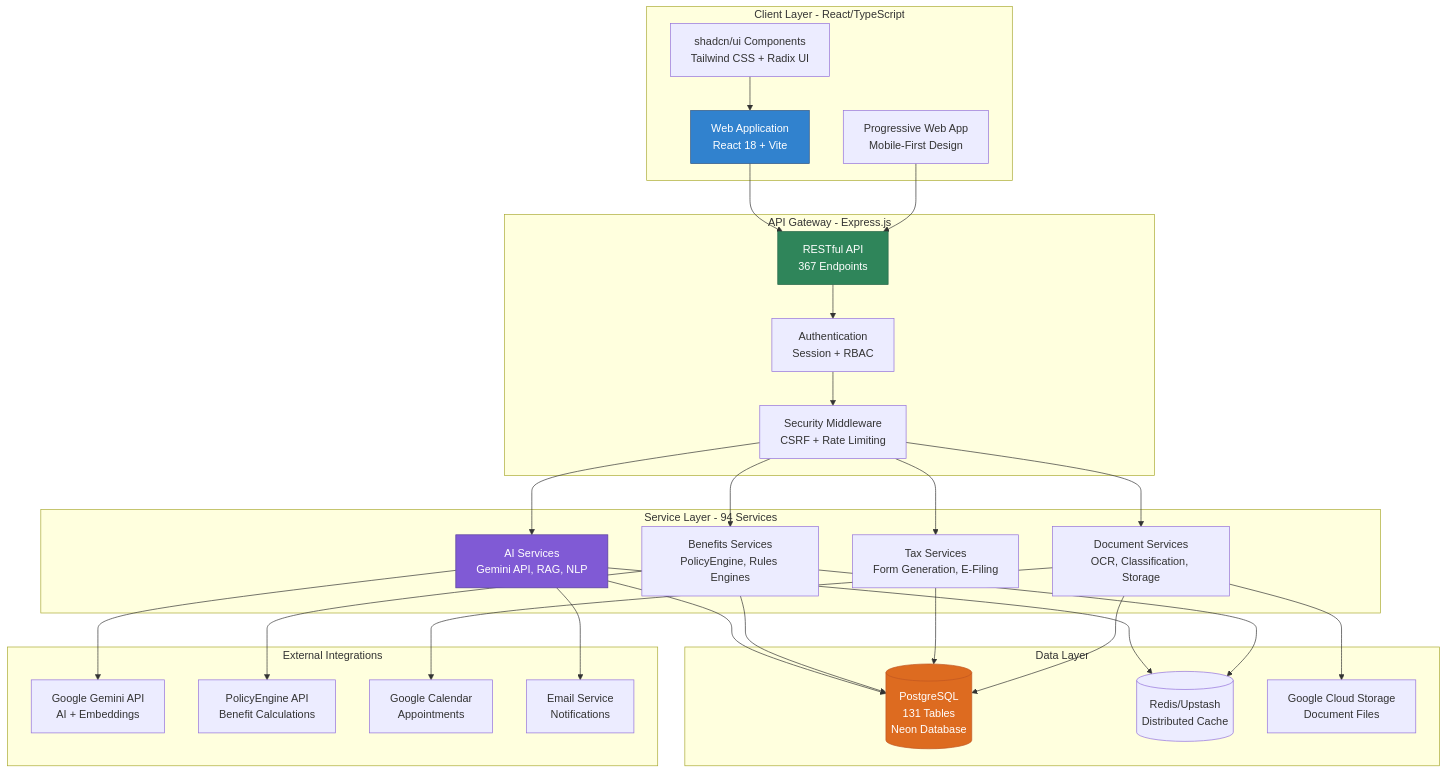
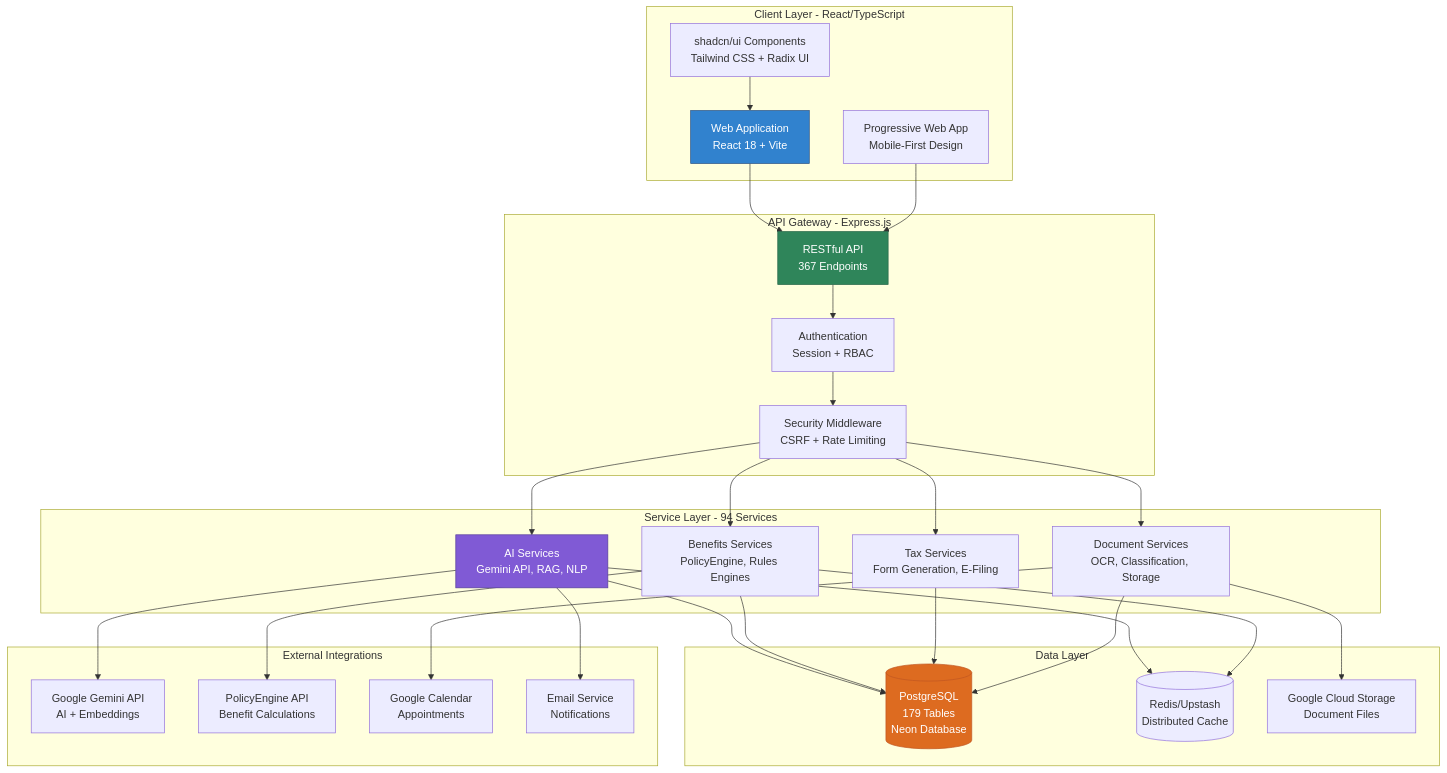
One commit to Nash0984/JAWN changed the second of 3 diagrams in README.md. Above: the diagram before and after it, drawn with Mermaid.

Commit message:
Update system architecture diagram with current table count
Adjust the PostgreSQL table count in the system architecture diagram within README.md from 131 to 179 tables.

Replit-Commit-Author: Agent
Replit-Commit-Session-Id: 6bd96a09-69c5-493b-b02e-7222a29109c4
Replit-Commit-Checkpoint-Type: intermediate_checkpoint
Replit-Commit-Event-Id: 2ee23f75-4f50-4ee5-9fa3-ad8ca7f69fa5

````diff
--- a/README.md
+++ b/README.md
@@ -99,63 +99,63 @@
 ```mermaid
 graph TB
     subgraph "Client Layer - React/TypeScript"
         WEB[Web Application<br/>React 18 + Vite]
         PWA[Progressive Web App<br/>Mobile-First Design]
         UI[shadcn/ui Components<br/>Tailwind CSS + Radix UI]
     end
     
     subgraph "API Gateway - Express.js"
         ROUTES[RESTful API<br/>367 Endpoints]
         AUTH[Authentication<br/>Session + RBAC]
         CSRF[Security Middleware<br/>CSRF + Rate Limiting]
     end
     
     subgraph "Service Layer - 94 Services"
         AI_SERVICES[AI Services<br/>Gemini API, RAG, NLP]
         BENEFIT_SERVICES[Benefits Services<br/>PolicyEngine, Rules Engines]
         TAX_SERVICES[Tax Services<br/>Form Generation, E-Filing]
         DOC_SERVICES[Document Services<br/>OCR, Classification, Storage]
     end
     
     subgraph "Data Layer"
-        DB[(PostgreSQL<br/>131 Tables<br/>Neon Database)]
+        DB[(PostgreSQL<br/>179 Tables<br/>Neon Database)]
         CACHE[(Redis/Upstash<br/>Distributed Cache)]
         GCS[Google Cloud Storage<br/>Document Files]
     end
     
     subgraph "External Integrations"
         GEMINI[Google Gemini API<br/>AI + Embeddings]
         POLICYENGINE[PolicyEngine API<br/>Benefit Calculations]
         CALENDAR[Google Calendar<br/>Appointments]
         EMAIL[Email Service<br/>Notifications]
     end
     
     WEB --> ROUTES
     PWA --> ROUTES
     UI --> WEB
     ROUTES --> AUTH
     AUTH --> CSRF
     CSRF --> AI_SERVICES
     CSRF --> BENEFIT_SERVICES
     CSRF --> TAX_SERVICES
     CSRF --> DOC_SERVICES
     
     AI_SERVICES --> DB
     BENEFIT_SERVICES --> DB
     TAX_SERVICES --> DB
     DOC_SERVICES --> DB
     
     AI_SERVICES --> CACHE
     BENEFIT_SERVICES --> CACHE
     DOC_SERVICES --> GCS
     
     AI_SERVICES --> GEMINI
     BENEFIT_SERVICES --> POLICYENGINE
     DOC_SERVICES --> CALENDAR
     AI_SERVICES --> EMAIL
     
     style WEB fill:#3182CE,stroke:#2C5282,color:#fff
     style ROUTES fill:#2F855A,stroke:#276749,color:#fff
     style AI_SERVICES fill:#805AD5,stroke:#553C9A,color:#fff
     style DB fill:#DD6B20,stroke:#C05621,color:#fff
 ```
````
